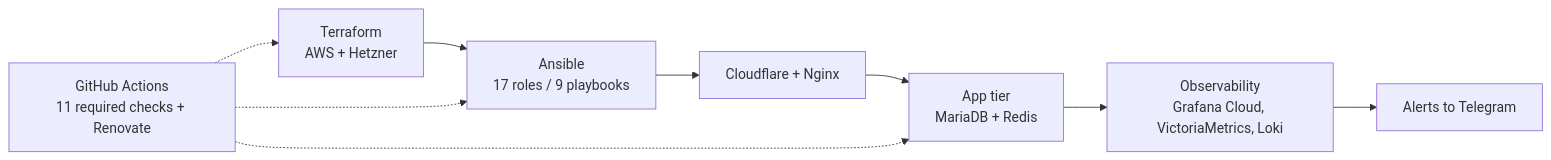
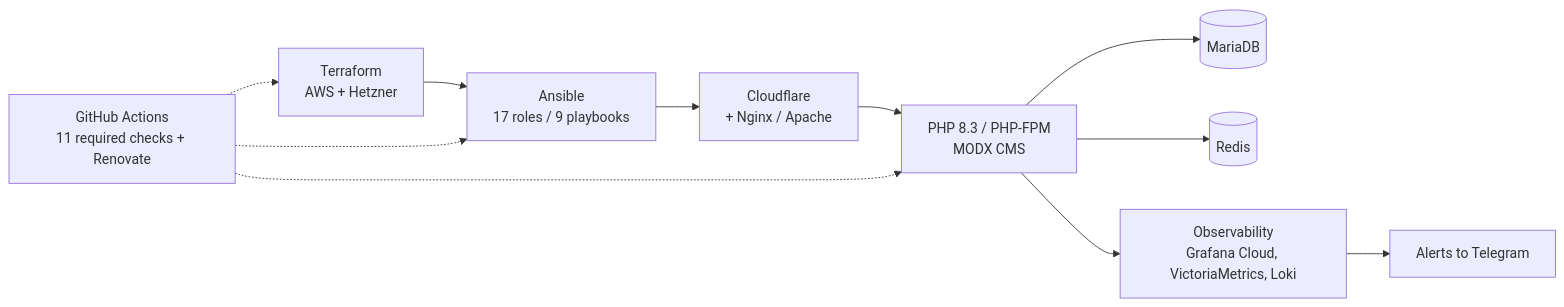
Before and after one commit to W1ckedS1ck/W1ckedS1ck: the diagram in readme.md, drawn with Mermaid. The commit also changed other lines of this file, not shown here.

````diff
--- a/readme.md
+++ b/readme.md
@@ -19,11 +20,13 @@
 ```mermaid
 flowchart LR
     TF["Terraform<br/>AWS + Hetzner"] --> AN["Ansible<br/>17 roles / 9 playbooks"]
-    AN --> EDGE["Cloudflare + Nginx"]
-    EDGE --> APP["App tier<br/>MariaDB + Redis"]
+    AN --> EDGE["Cloudflare<br/>+ Nginx / Apache"]
+    EDGE --> APP["PHP 8.3 / PHP-FPM<br/>MODX CMS"]
+    APP --> DB[("MariaDB")]
+    APP --> RE[("Redis")]
     APP --> OBS["Observability<br/>Grafana Cloud, VictoriaMetrics, Loki"]
     OBS --> TG["Alerts to Telegram"]
     CI["GitHub Actions<br/>11 required checks + Renovate"] -.-> TF
     CI -.-> AN
     CI -.-> APP
 ```
````
